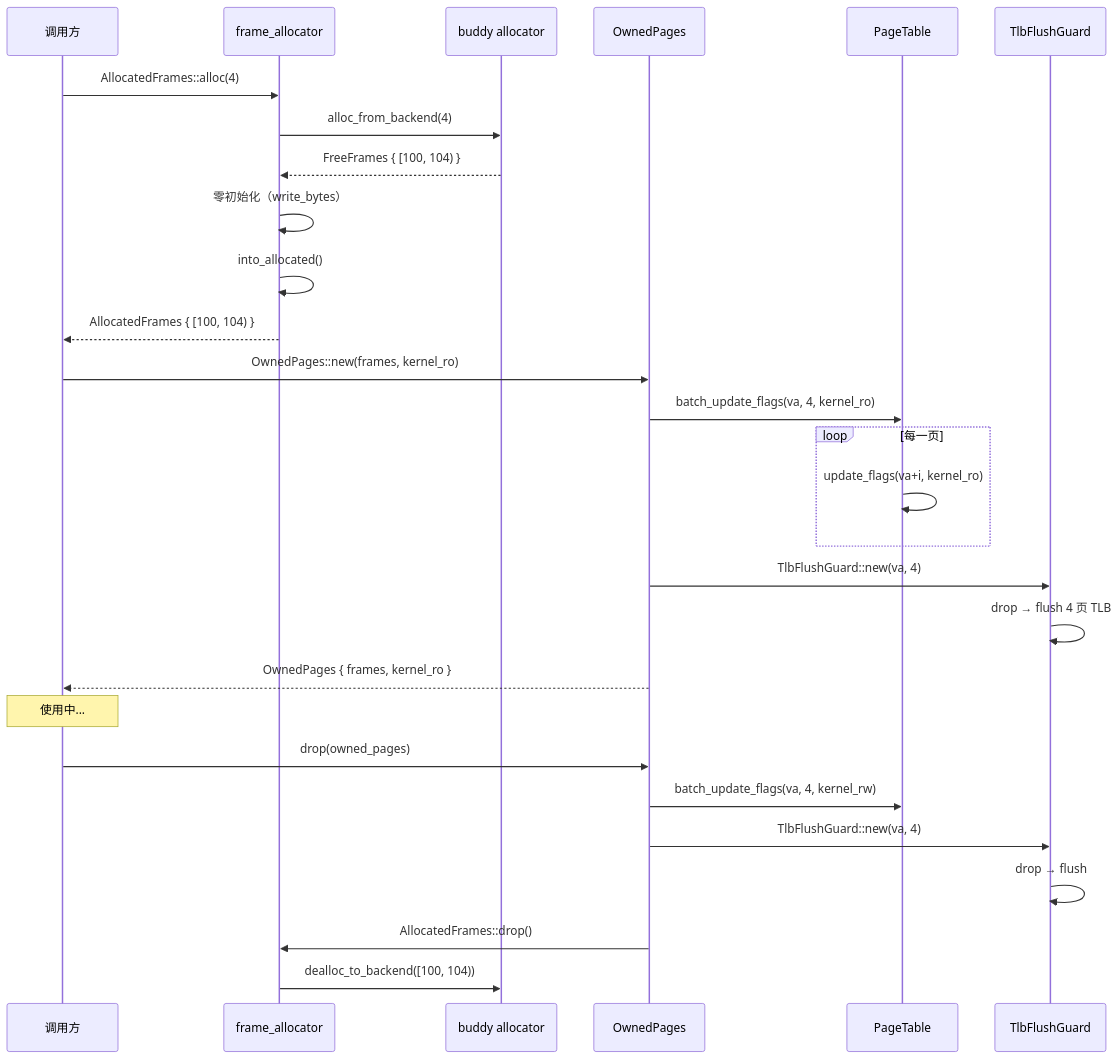
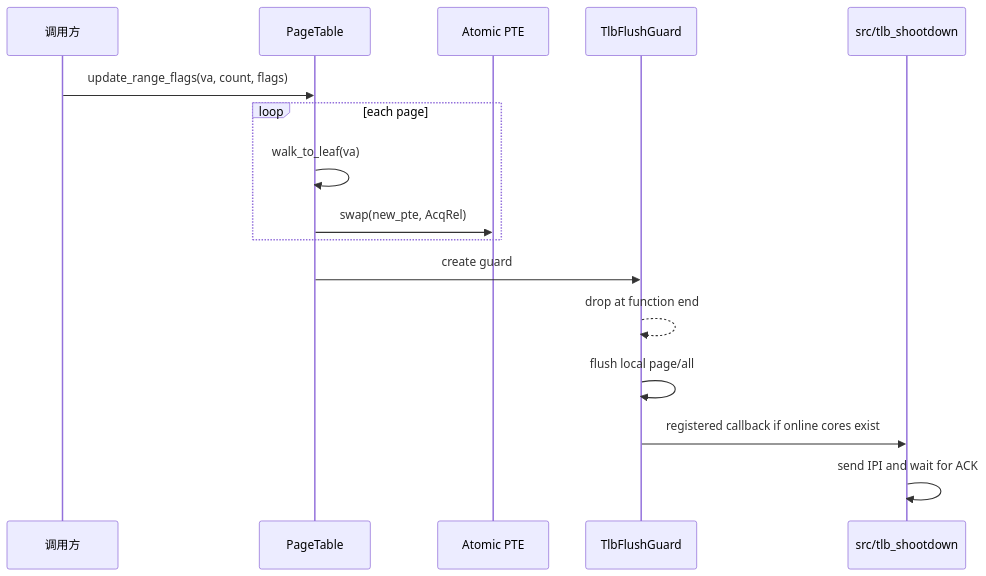
One commit to MRNIU/SimpleKernel changed the fifth of 7 diagrams in docs/design/memory-subsystem-v2.md. Above: the diagram before and after it, drawn with Mermaid. The commit also changed other lines of this file and 10 other files, not shown here.

````diff
--- a/docs/design/memory-subsystem-v2.md
+++ b/docs/design/memory-subsystem-v2.md
@@ -799,34 +183,19 @@
 ```mermaid
 sequenceDiagram
-    participant User as 调用方
-    participant FA as frame_allocator
-    participant Buddy as buddy allocator
-    participant OP as OwnedPages
-    participant PT as PageTable
-    participant TLB as TlbFlushGuard
+  participant Caller as 调用方
+  participant PT as PageTable
+  participant PTE as Atomic PTE
+  participant TLB as TlbFlushGuard
+  participant IPI as src/tlb_shootdown
 
-    User->>FA: AllocatedFrames::alloc(4)
-    FA->>Buddy: alloc_from_backend(4)
-    Buddy-->>FA: FreeFrames { [100, 104) }
-    FA->>FA: 零初始化（write_bytes）
-    FA->>FA: into_allocated()
-    FA-->>User: AllocatedFrames { [100, 104) }
-
-    User->>OP: OwnedPages::new(frames, kernel_ro)
-    OP->>PT: batch_update_flags(va, 4, kernel_ro)
-    loop 每一页
-        PT->>PT: update_flags(va+i, kernel_ro)
-    end
-    OP->>TLB: TlbFlushGuard::new(va, 4)
-    TLB->>TLB: drop → flush 4 页 TLB
-    OP-->>User: OwnedPages { frames, kernel_ro }
-
-    Note over User: 使用中...
-
-    User->>OP: drop(owned_pages)
-    OP->>PT: batch_update_flags(va, 4, kernel_rw)
-    OP->>TLB: TlbFlushGuard::new(va, 4)
-    TLB->>TLB: drop → flush
-    OP->>FA: AllocatedFrames::drop()
-    FA->>Buddy: dealloc_to_backend([100, 104))
+  Caller->>PT: update_range_flags(va, count, flags)
+  loop each page
+    PT->>PT: walk_to_leaf(va)
+    PT->>PTE: swap(new_pte, AcqRel)
+  end
+  PT->>TLB: create guard
+  TLB-->>TLB: drop at function end
+  TLB->>TLB: flush local page/all
+  TLB->>IPI: registered callback if online cores exist
+  IPI->>IPI: send IPI and wait for ACK
 ```
````
